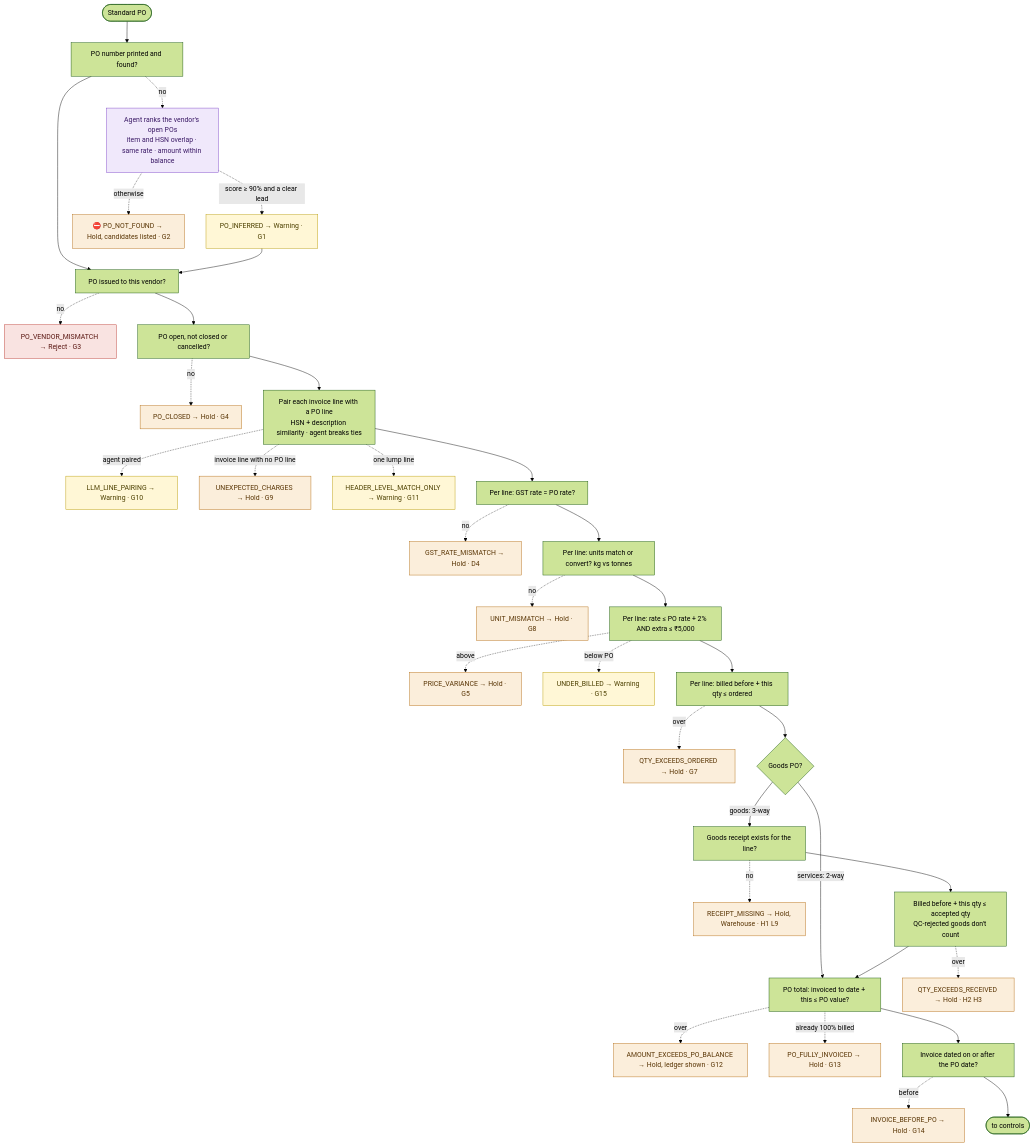
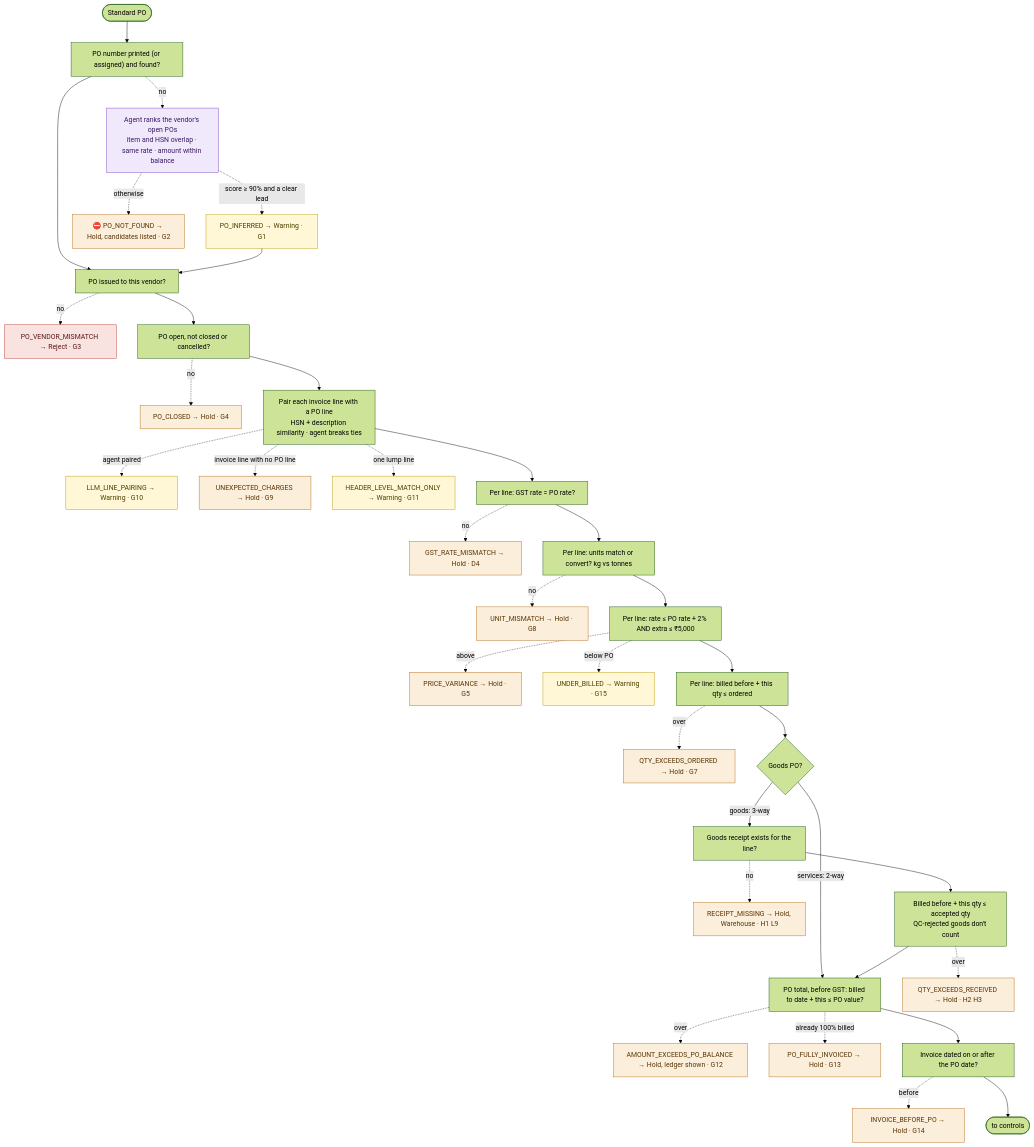
One commit to sh-yamm/Invoice-Automation-Agent changed diagram 12 of 20 in README.md. Above: the diagram before and after it, drawn with Mermaid (forest theme). The commit also changed other lines of this file and 9 other files, not shown here.

Commit message:
docs: rewrite the README around PO trails, with Mermaid diagrams and app screenshots; keep-alive check is case-insensitive

````diff
--- a/README.md
+++ b/README.md
@@ -215,41 +534,41 @@
 ```mermaid
 flowchart TD
-  S(["Standard PO"]) --> M1["PO number printed and found?"]
+  S(["Standard PO"]) --> M1["PO number printed (or assigned) and found?"]
   M1 -.->|no| M1a["Agent ranks the vendor's open POs<br/>item and HSN overlap · same rate · amount within balance"]:::agent
   M1a -.->|score ≥ 90% and a clear lead| M1b["PO_INFERRED → Warning · G1"]:::warn
   M1a -.->|otherwise| M1c["⛔ PO_NOT_FOUND → Hold, candidates listed · G2"]:::hold
   M1 --> M2["PO issued to this vendor?"]
   M1b --> M2
   M2 -.->|no| M2x["PO_VENDOR_MISMATCH → Reject · G3"]:::rej
   M2 --> M3["PO open, not closed or cancelled?"]
   M3 -.->|no| M3x["PO_CLOSED → Hold · G4"]:::hold
   M3 --> M4["Pair each invoice line with a PO line<br/>HSN + description similarity · agent breaks ties"]
   M4 -.->|agent paired| M4a["LLM_LINE_PAIRING → Warning · G10"]:::warn
   M4 -.->|invoice line with no PO line| M4b["UNEXPECTED_CHARGES → Hold · G9"]:::hold
   M4 -.->|one lump line| M4c["HEADER_LEVEL_MATCH_ONLY → Warning · G11"]:::warn
   M4 --> L1["Per line: GST rate = PO rate?"]
   L1 -.->|no| L1x["GST_RATE_MISMATCH → Hold · D4"]:::hold
   L1 --> L2["Per line: units match or convert? kg vs tonnes"]
   L2 -.->|no| L2x["UNIT_MISMATCH → Hold · G8"]:::hold
   L2 --> L3["Per line: rate ≤ PO rate + 2% AND extra ≤ ₹5,000"]
   L3 -.->|above| L3x["PRICE_VARIANCE → Hold · G5"]:::hold
   L3 -.->|below PO| L3y["UNDER_BILLED → Warning · G15"]:::warn
   L3 --> L4["Per line: billed before + this qty ≤ ordered"]
   L4 -.->|over| L4x["QTY_EXCEEDS_ORDERED → Hold · G7"]:::hold
   L4 --> G0{"Goods PO?"}
   G0 -->|services: 2-way| H0
   G0 -->|goods: 3-way| L5["Goods receipt exists for the line?"]
   L5 -.->|no| L5x["RECEIPT_MISSING → Hold, Warehouse · H1 L9"]:::hold
   L5 --> L6["Billed before + this qty ≤ accepted qty<br/>QC-rejected goods don't count"]
   L6 -.->|over| L6x["QTY_EXCEEDS_RECEIVED → Hold · H2 H3"]:::hold
-  L6 --> H0["PO total: invoiced to date + this ≤ PO value?"]
+  L6 --> H0["PO total, before GST: billed to date + this ≤ PO value?"]
   H0 -.->|over| H0x["AMOUNT_EXCEEDS_PO_BALANCE → Hold, ledger shown · G12"]:::hold
   H0 -.->|already 100% billed| H0y["PO_FULLY_INVOICED → Hold · G13"]:::hold
   H0 --> H1["Invoice dated on or after the PO date?"]
   H1 -.->|before| H1x["INVOICE_BEFORE_PO → Hold · G14"]:::hold
   H1 --> Z(["to controls"])
   classDef rej fill:#F9E3E1,stroke:#B9342A,color:#5A1712
   classDef hold fill:#FBEEDB,stroke:#B26A0E,color:#5A3606
   classDef warn fill:#FFF7D6,stroke:#B89A00,color:#4D4000
   classDef agent fill:#F0E8FB,stroke:#7A3FC8,color:#3B1A66
 ```
````
